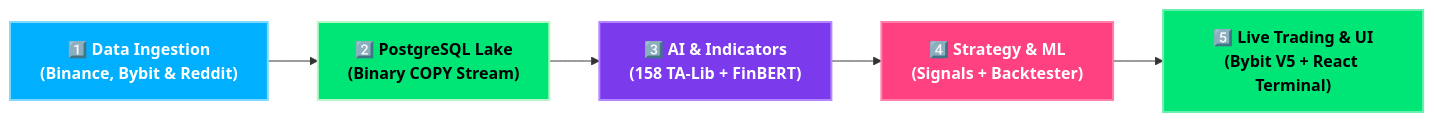
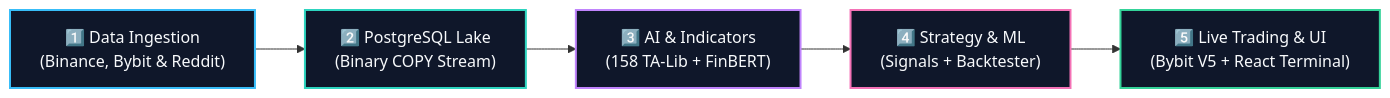
The first of 3 diagrams in README.md (21Afnan/cryptosight), drawn with Mermaid before and after one commit. The commit also changed other lines of this file, not shown here.

````diff
--- a/README.md
+++ b/README.md
@@ -103,19 +103,19 @@
 ```mermaid
 flowchart LR
     A["1️⃣ Data Ingestion\n(Binance, Bybit & Reddit)"] --> B["2️⃣ PostgreSQL Lake\n(Binary COPY Stream)"]
     B --> C["3️⃣ AI & Indicators\n(158 TA-Lib + FinBERT)"]
     C --> D["4️⃣ Strategy & ML\n(Signals + Backtester)"]
     D --> E["5️⃣ Live Trading & UI\n(Bybit V5 + React Terminal)"]
 
-    classDef step1 fill:#00b0ff,stroke:#80d8ff,stroke-width:2px,color:#ffffff,font-weight:bold;
-    classDef step2 fill:#00e676,stroke:#b9f6ca,stroke-width:2px,color:#000000,font-weight:bold;
-    classDef step3 fill:#7c3aed,stroke:#b388ff,stroke-width:2px,color:#ffffff,font-weight:bold;
-    classDef step4 fill:#ff4081,stroke:#ff80ab,stroke-width:2px,color:#ffffff,font-weight:bold;
-    classDef step5 fill:#00E676,stroke:#69f0ae,stroke-width:2px,color:#000000,font-weight:bold;
+    classDef step1 fill:#0f172a,stroke:#38bdf8,stroke-width:2px,color:#f8fafc;
+    classDef step2 fill:#0f172a,stroke:#2dd4bf,stroke-width:2px,color:#f8fafc;
+    classDef step3 fill:#0f172a,stroke:#c084fc,stroke-width:2px,color:#f8fafc;
+    classDef step4 fill:#0f172a,stroke:#f472b6,stroke-width:2px,color:#f8fafc;
+    classDef step5 fill:#0f172a,stroke:#34d399,stroke-width:2px,color:#f8fafc;
 
     class A step1;
     class B step2;
     class C step3;
     class D step4;
     class E step5;
 ```
````
